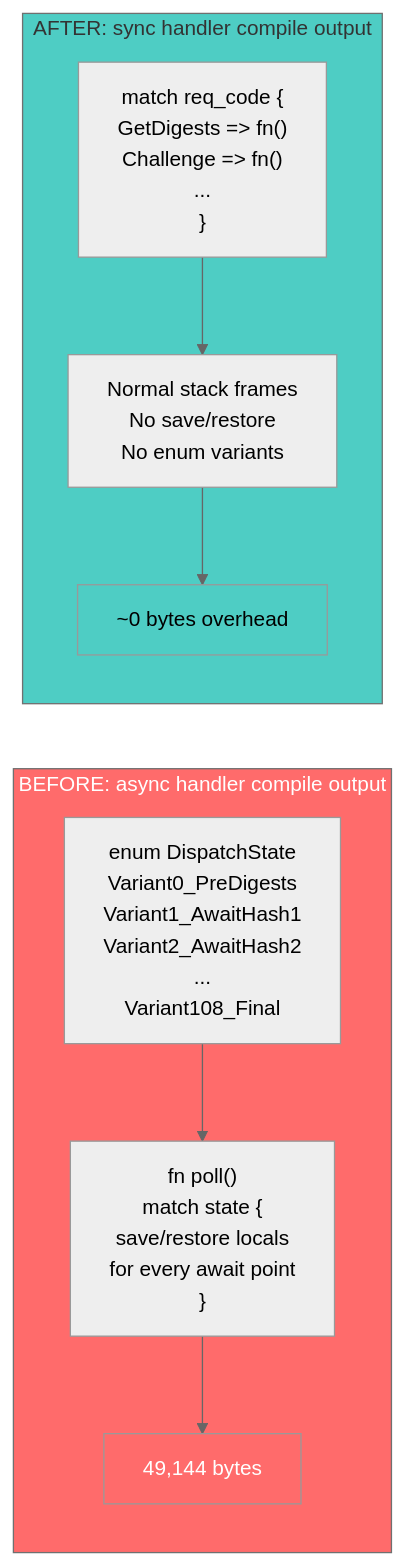
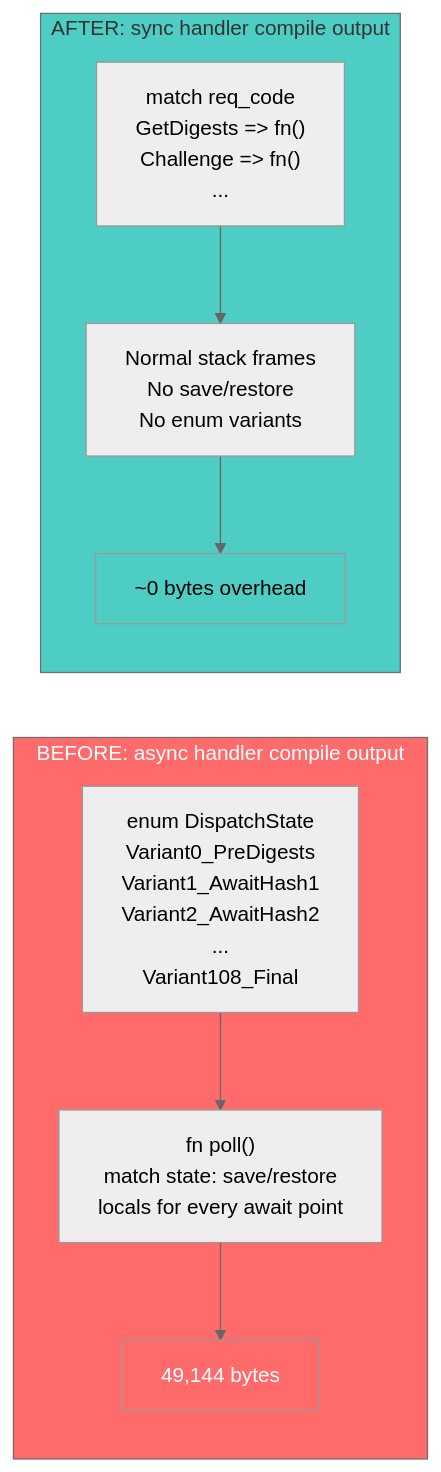
The fifth of 7 diagrams in ASYNC_EXPERIMENT_RESULTS.md (atulkhare4096/caliptra-mcu-sw), drawn with Mermaid (neutral theme) before and after one commit. The commit also changed other lines of this file, not shown here.

Commit message:
Fix Mermaid diagrams: replace \n with <br/> for proper line breaks

````diff
--- a/ASYNC_EXPERIMENT_RESULTS.md
+++ b/ASYNC_EXPERIMENT_RESULTS.md
@@ -211,19 +211,19 @@
 ```mermaid
 graph LR
     subgraph before["BEFORE: async handler compile output"]
         direction TB
-        enum["enum DispatchState\n  Variant0_PreDigests\n  Variant1_AwaitHash1\n  Variant2_AwaitHash2\n  ...\n  Variant108_Final"] --> poll_fn["fn poll()\n  match state {\n    save/restore locals\n    for every await point\n  }"]
+        enum["enum DispatchState<br/>Variant0_PreDigests<br/>Variant1_AwaitHash1<br/>Variant2_AwaitHash2<br/>...<br/>Variant108_Final"] --> poll_fn["fn poll()<br/>match state: save/restore<br/>locals for every await point"]
         poll_fn --> size1["49,144 bytes"]
     end
 
     subgraph after["AFTER: sync handler compile output"]
         direction TB
-        match_stmt["match req_code {\n  GetDigests => fn()\n  Challenge => fn()\n  ...\n}"] --> stack["Normal stack frames\nNo save/restore\nNo enum variants"]
+        match_stmt["match req_code<br/>GetDigests => fn()<br/>Challenge => fn()<br/>..."] --> stack["Normal stack frames<br/>No save/restore<br/>No enum variants"]
         stack --> size2["~0 bytes overhead"]
     end
 
     style before fill:#ff6b6b,color:#fff
     style after fill:#4ecdc4
     style size1 fill:#ff6b6b,color:#fff
     style size2 fill:#4ecdc4
 ```
````
